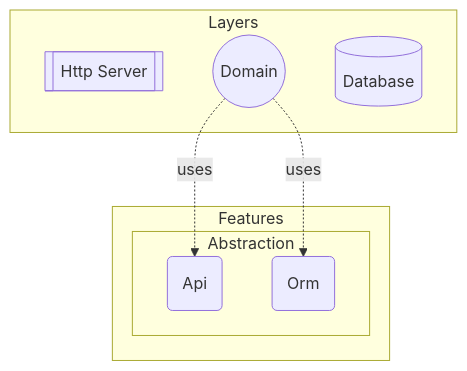
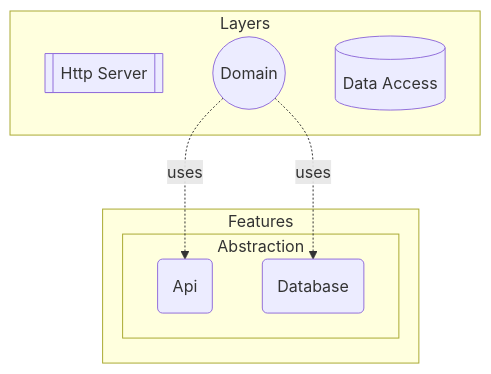
Before and after one commit to mouseless/baked: the third of 4 diagrams in docs/architecture/README.md, drawn with Mermaid. The commit also changed other lines of this file and 2 other files, not shown here.

Commit message:
fix architecture docs to fit actual names

````diff
--- a/docs/architecture/README.md
+++ b/docs/architecture/README.md
@@ -97,18 +97,18 @@
 ```mermaid
 flowchart
   subgraph Layers
     HS[[Http Server]]
     D((Domain))
-    DB[(Database)]
+    DA[(Data Access)]
   end
 
   subgraph Features
     subgraph Abstraction
       A(Api)
-      O(Orm)
+      Db(Database)
     end
   end
 
   D -.uses.-> A
-  D -.uses.-> O
+  D -.uses.-> Db
 ```
````
